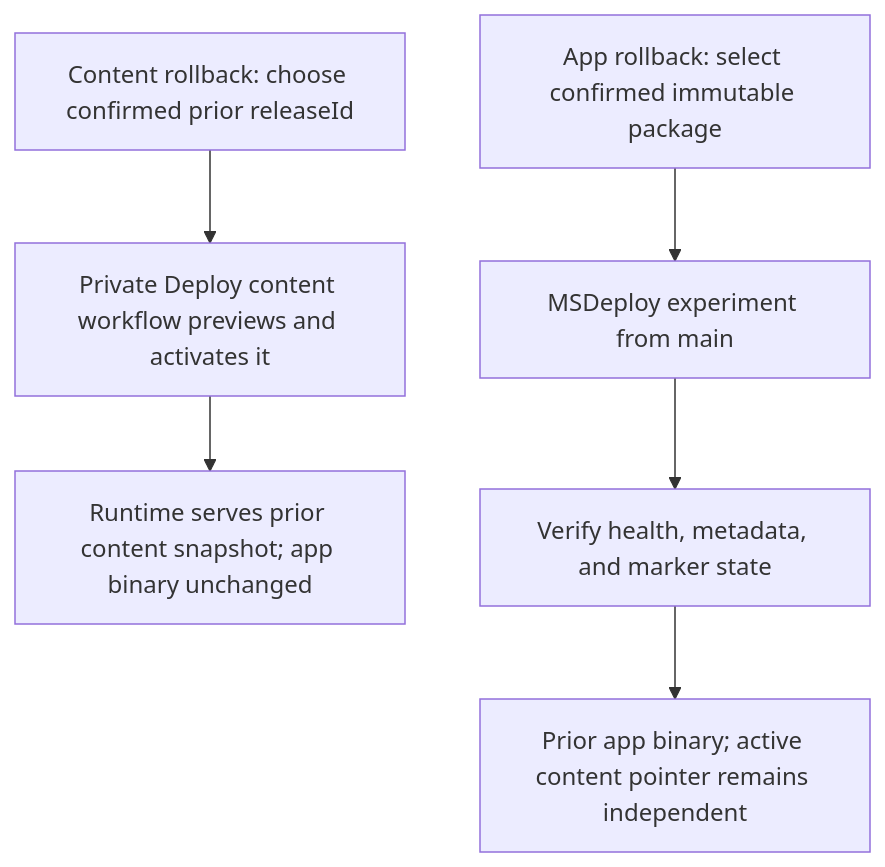
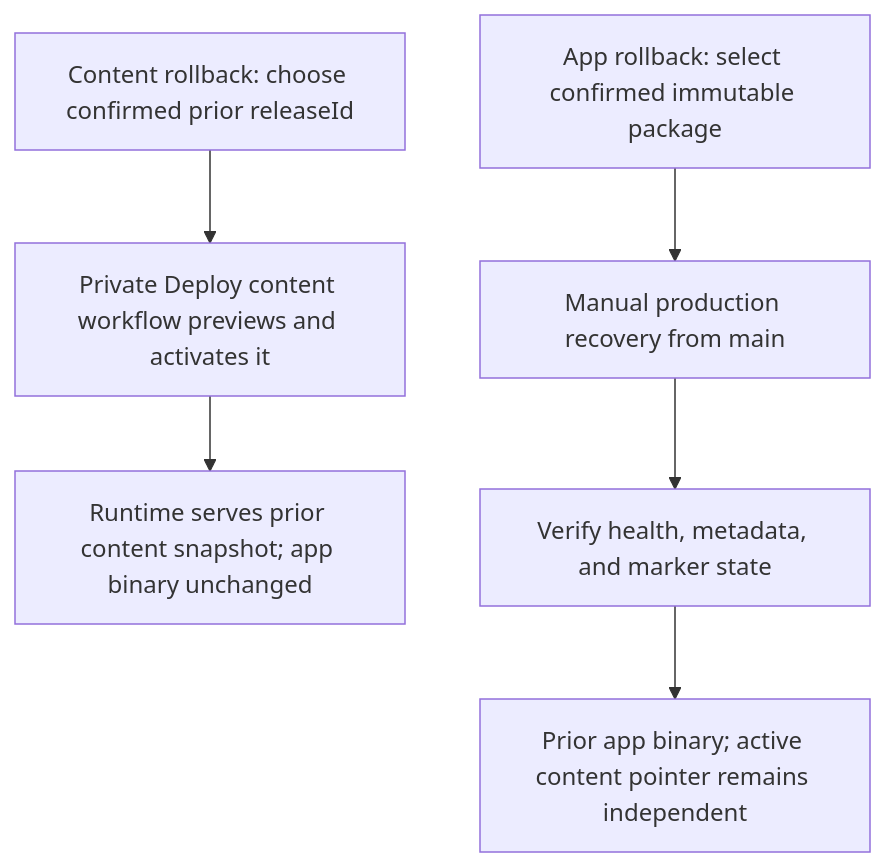
Before and after one commit to fredrik-hellmangroup/cv-online-presenter: the fifth of 5 diagrams in docs/repositories.md, drawn with Mermaid. The commit also changed other lines of this file and 7 other files, not shown here.

Commit message:
Rename manual recovery workflow

````diff
--- a/docs/repositories.md
+++ b/docs/repositories.md
@@ -114,8 +114,8 @@
 ```mermaid
 flowchart TD
     C["Content rollback: choose confirmed prior releaseId"] --> CP["Private Deploy content workflow previews and activates it"]
     CP --> CS["Runtime serves prior content snapshot; app binary unchanged"]
-    A["App rollback: select confirmed immutable package"] --> AP["MSDeploy experiment from main"]
+    A["App rollback: select confirmed immutable package"] --> AP["Manual production recovery from main"]
     AP --> AV["Verify health, metadata, and marker state"]
     AV --> AS["Prior app binary; active content pointer remains independent"]
 ```
````
